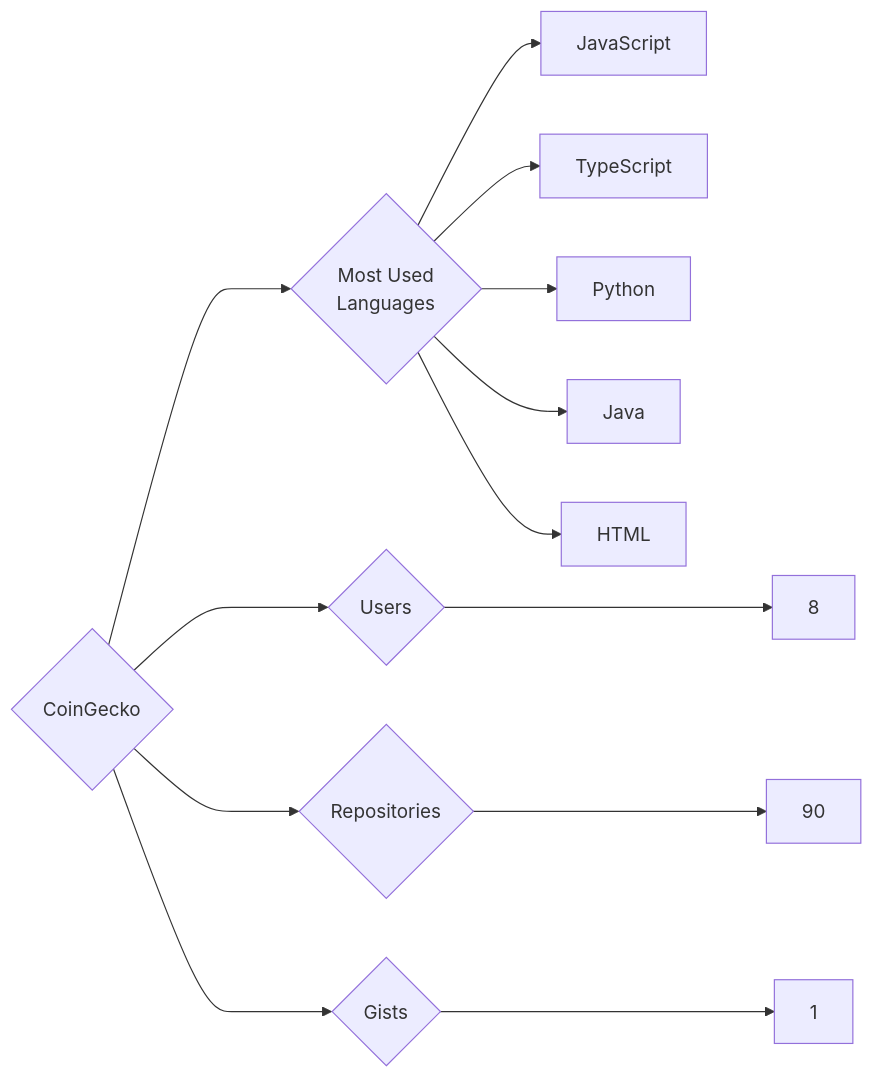
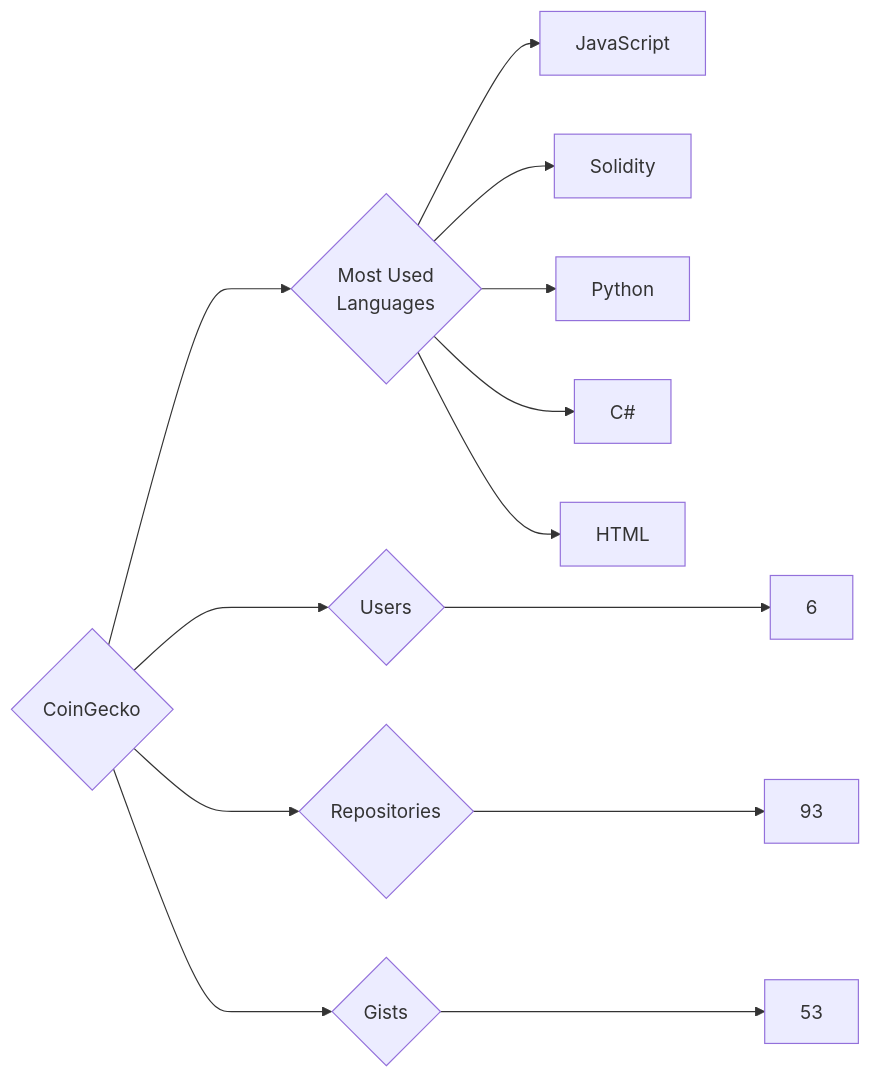
One commit to trickest/insiders changed the diagram in targets/CoinGecko/README.md. Above: the diagram before and after it, drawn with Mermaid. The commit also changed 1078 other files, not shown here.

````diff
--- a/targets/CoinGecko/README.md
+++ b/targets/CoinGecko/README.md
@@ -3,13 +3,13 @@
 ```mermaid
 graph LR
 COMPANY_NAME{CoinGecko}
-COMPANY_NAME ---> U{Users} ---> UN[8]
-COMPANY_NAME ---> R{Repositories} ---> RN[90]
-COMPANY_NAME ---> G{Gists} ---> GN[1]
+COMPANY_NAME ---> U{Users} ---> UN[6]
+COMPANY_NAME ---> R{Repositories} ---> RN[93]
+COMPANY_NAME ---> G{Gists} ---> GN[53]
 COMPANY_NAME ---> ML{Most Used<br>Languages}
 ML --> JavaScript[JavaScript]
-ML --> TypeScript[TypeScript]
+ML --> Solidity[Solidity]
 ML --> Python[Python]
-ML --> Java[Java]
+ML --> C#[C#]
 ML --> HTML[HTML]
 ```
````
